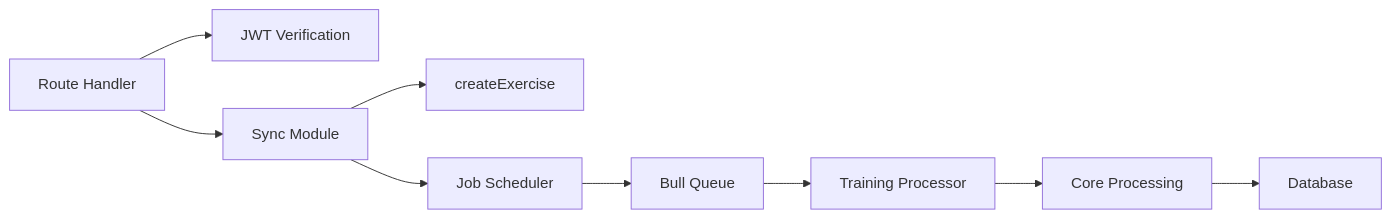
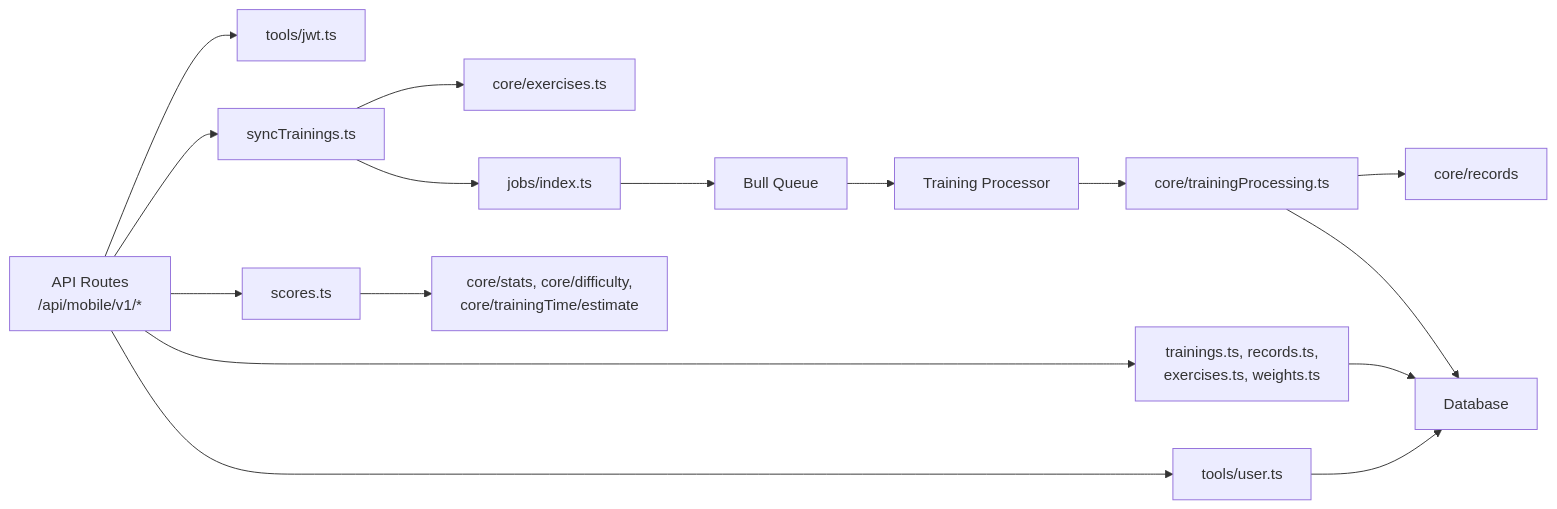
One commit to Dezzpil/meingym changed the tenth of 10 diagrams in .qoder/repowiki/en/content/Architecture Overview/Mobile API System.md. Above: the diagram before and after it, drawn with Mermaid. The commit also changed other lines of this file and 12 other files, not shown here.

````diff
--- a/.qoder/repowiki/en/content/Architecture Overview/Mobile API System.md
+++ b/.qoder/repowiki/en/content/Architecture Overview/Mobile API System.md
@@ -312,11 +513,18 @@
 ```mermaid
 graph LR
-Route["Route Handler"] --> JWT["JWT Verification"]
-Route --> Sync["Sync Module"]
-Sync --> Exercises["createExercise"]
-Sync --> Jobs["Job Scheduler"]
+Routes["API Routes<br/>/api/mobile/v1/*"] --> JWT["tools/jwt.ts"]
+Routes --> Sync["syncTrainings.ts"]
+Routes --> Read["trainings.ts, records.ts,<br/>exercises.ts, weights.ts"]
+Routes --> ScoresSvc["scores.ts"]
+Routes --> UserSvc["tools/user.ts"]
+Sync --> Exercises["core/exercises.ts"]
+Sync --> Jobs["jobs/index.ts"]
+ScoresSvc --> CorePure["core/stats, core/difficulty,<br/>core/trainingTime/estimate"]
 Jobs --> Queue["Bull Queue"]
 Queue --> Processor["Training Processor"]
-Processor --> Core["Core Processing"]
+Processor --> Core["core/trainingProcessing.ts"]
+Core --> Records["core/records"]
 Core --> DB["Database"]
+Read --> DB
+UserSvc --> DB
 ```
````
